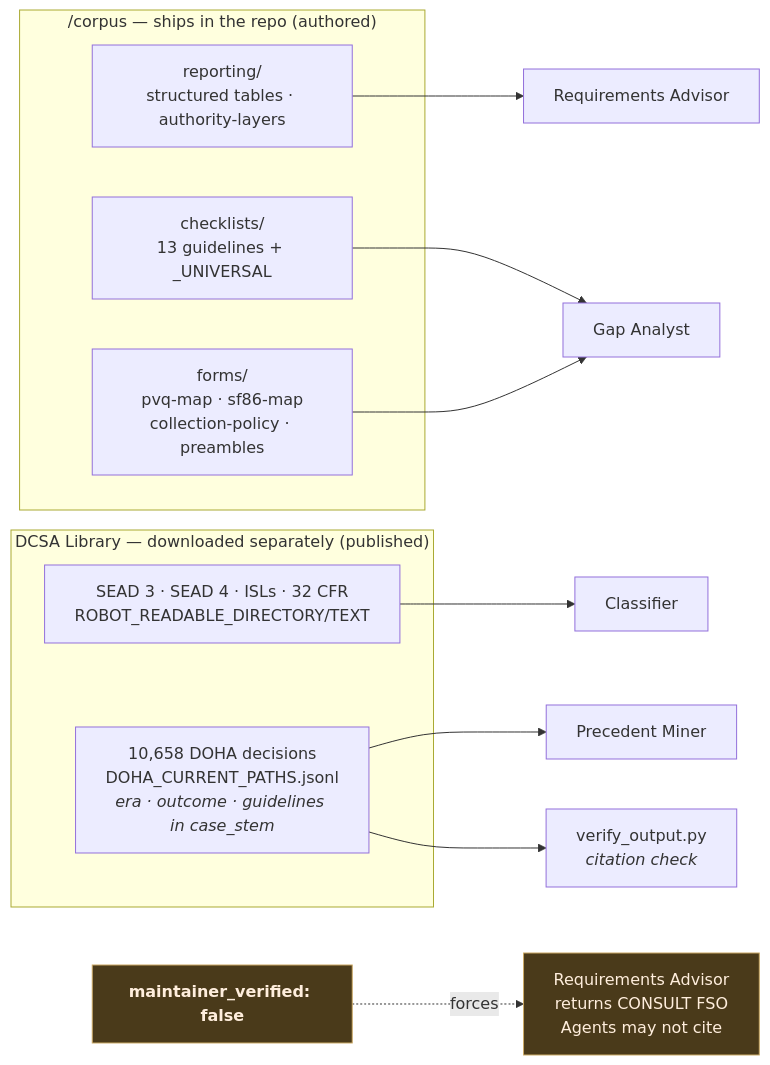
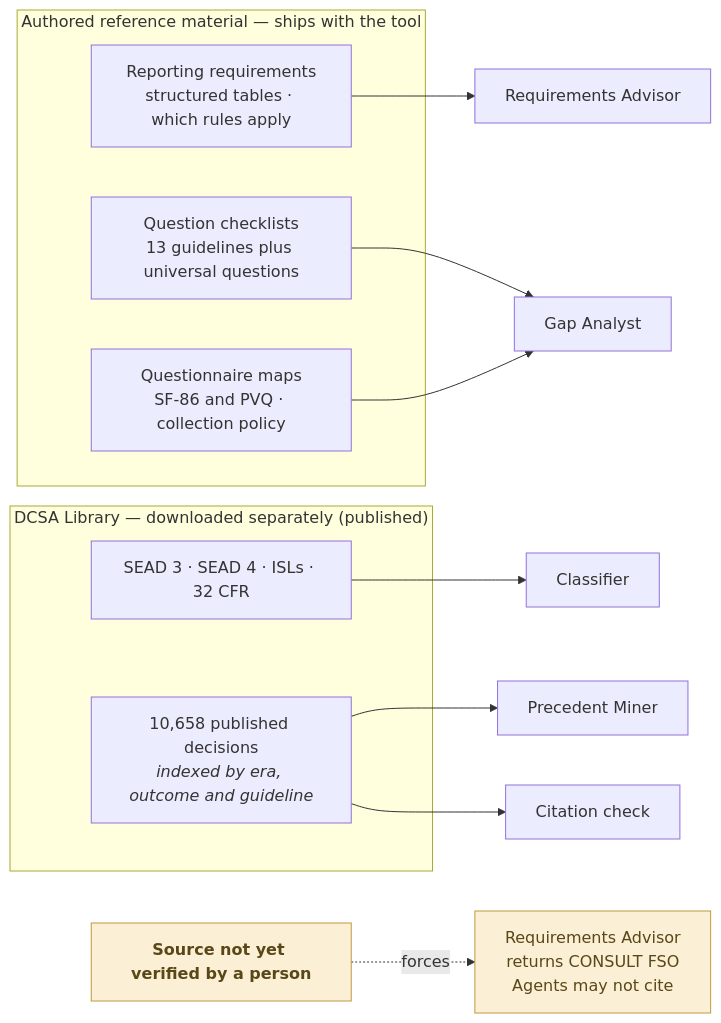
Before and after one commit to adamsdarin/adverse-information-assistant: the eighth of 9 diagrams in PROCESS.md, drawn with Mermaid. The commit also changed other lines of this file and 128 other files, not shown here.

````diff
--- a/PROCESS.md
+++ b/PROCESS.md
@@ -280,25 +446,25 @@
 ```mermaid
 flowchart LR
-    subgraph CORPUS["/corpus — ships in the repo (authored)"]
-        RP["reporting/<br/>structured tables · authority-layers"]
-        FM["forms/<br/>pvq-map · sf86-map<br/>collection-policy · preambles"]
-        CK["checklists/<br/>13 guidelines + _UNIVERSAL"]
+    subgraph CORPUS["Authored reference material — ships with the tool"]
+        RP["Reporting requirements<br/>structured tables · which rules apply"]
+        FM["Questionnaire maps<br/>SF-86 and PVQ · collection policy"]
+        CK["Question checklists<br/>13 guidelines plus universal questions"]
     end
 
     subgraph LIB["DCSA Library — downloaded separately (published)"]
-        S4["SEAD 3 · SEAD 4 · ISLs · 32 CFR<br/>ROBOT_READABLE_DIRECTORY/TEXT"]
-        DH["10,658 DOHA decisions<br/>DOHA_CURRENT_PATHS.jsonl<br/><i>era · outcome · guidelines in case_stem</i>"]
+        S4["SEAD 3 · SEAD 4 · ISLs · 32 CFR"]
+        DH["10,658 published decisions<br/><i>indexed by era, outcome and guideline</i>"]
     end
 
     RP --> RA["Requirements Advisor"]
     S4 --> CLS["Classifier"]
     CK --> GAP["Gap Analyst"]
     FM --> GAP
     DH --> PM["Precedent Miner"]
-    DH --> VFY["verify_output.py<br/><i>citation check</i>"]
+    DH --> VFY["Citation check"]
 
-    UNV["<b>maintainer_verified: false</b>"] -.->|"forces"| DEGRADE["Requirements Advisor<br/>returns CONSULT FSO<br/>Agents may not cite"]
+    UNV["<b>Source not yet verified by a person</b>"] -.->|"forces"| DEGRADE["Requirements Advisor<br/>returns CONSULT FSO<br/>Agents may not cite"]
 
-    classDef unver fill:#4a3a1a,stroke:#ca6,color:#fed
+    classDef unver fill:#FBF0D5,stroke:#C09A3E,color:#5A4718
     class UNV,DEGRADE unver
 ```
````
